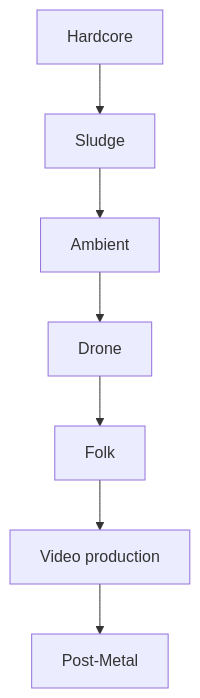
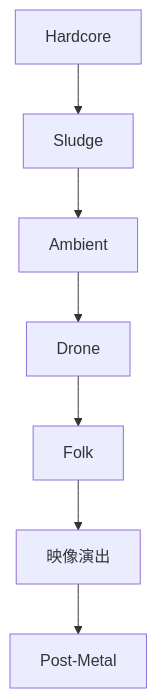
The sixth of 7 diagrams in en/_posts/2026-07-18-column-neurosis.md (monumental-movement/monumental-movement.github.io), drawn with Mermaid before and after one commit. The commit also changed other lines of this file and 2196 other files, not shown here.

```diff
--- a/en/_posts/2026-07-18-column-neurosis.md
+++ b/en/_posts/2026-07-18-column-neurosis.md
@@ -1172,22 +1172,22 @@
 <div class="mermaid">
 flowchart TD
 
 A[Hardcore]
 -->B[Sludge]
 
 B
 -->C[Ambient]
 
 C
 -->D[Drone]
 
 D
 -->E[Folk]
 
 E
--->F[Video production]
+-->F[映像演出]
 
 F
 -->G[Post-Metal]
 
 </div>
```
